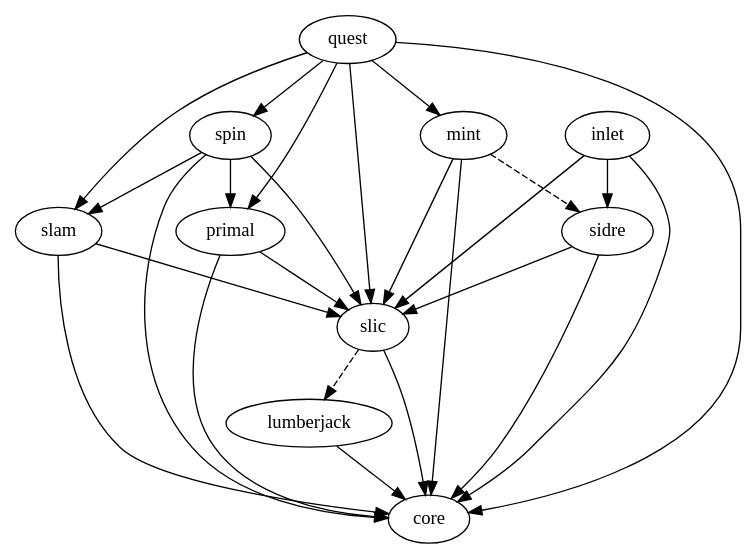
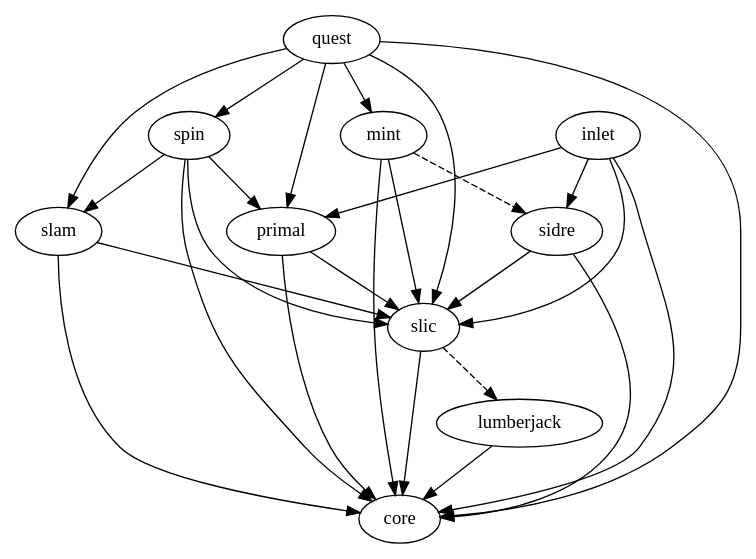
The diagram in src/docs/dependencies.dot (LLNL/axom), drawn with Graphviz before and after one commit. The commit also changed 1 other file, not shown here.

```diff
--- a/src/docs/dependencies.dot
+++ b/src/docs/dependencies.dot
@@ -1,11 +1,11 @@
 digraph dependencies {
   quest -> {slam primal mint spin};
   {quest slam primal mint spin} -> {slic core};
   mint -> sidre [style="dashed"];
   spin -> {slam primal};
   sidre -> {slic core};
   slic -> core;
   slic -> lumberjack [style="dashed"];
   lumberjack -> core;
-  inlet -> {sidre slic core};
+  inlet -> {sidre slic primal core};
 }
```
